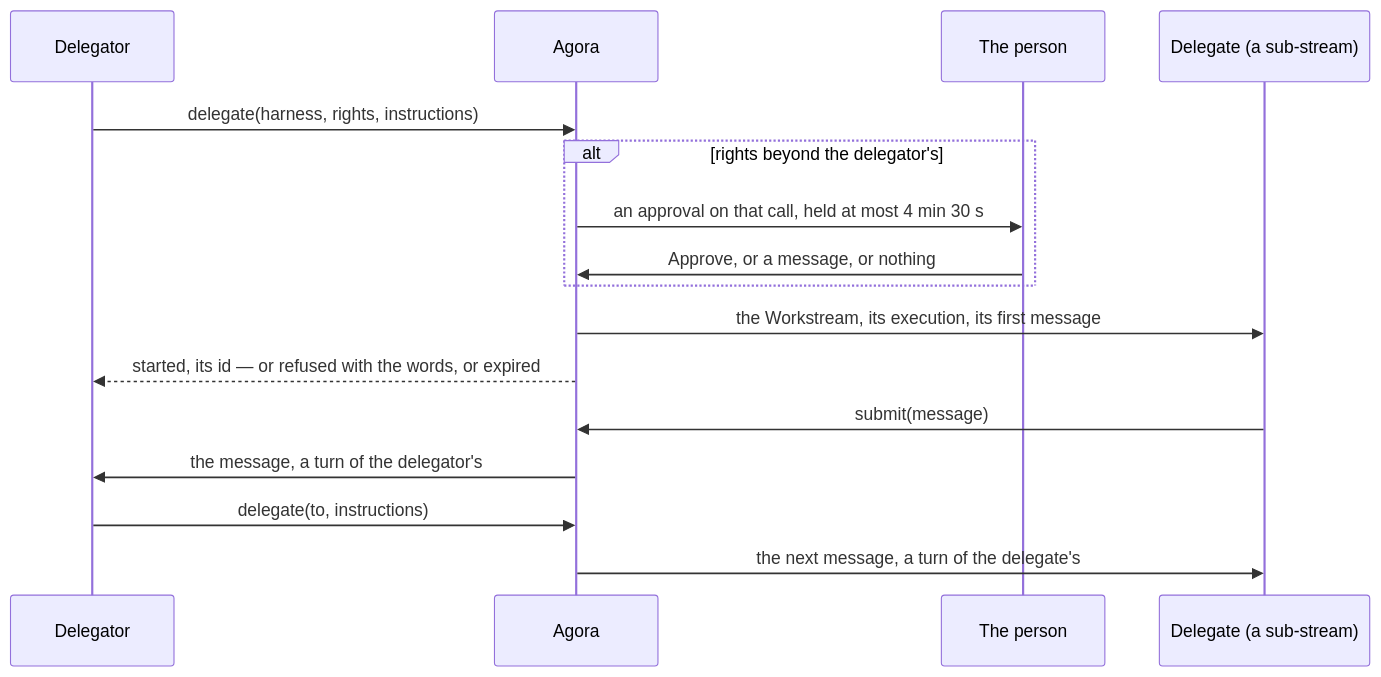
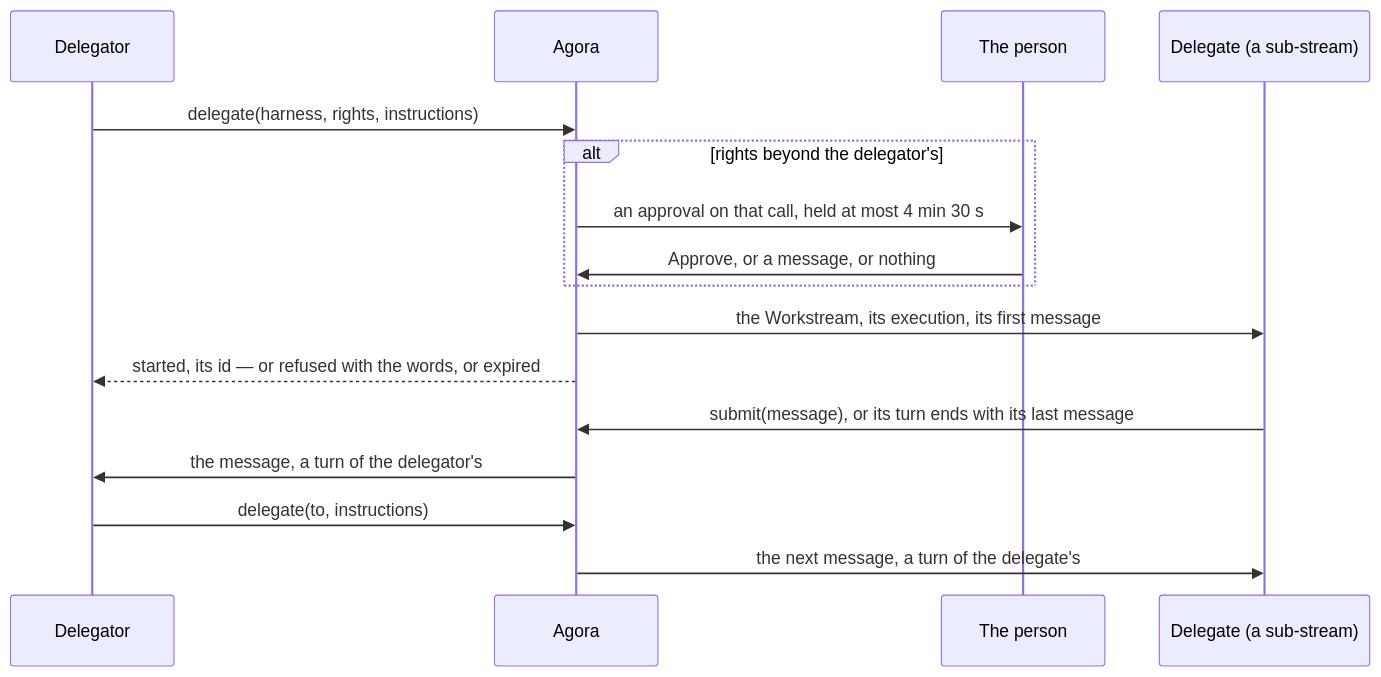
One commit to arnaultbretagne/agora changed the diagram in docs/specs/delegation.md. Above: the diagram before and after it, drawn with Mermaid. The commit also changed other lines of this file and 2 other files, not shown here.

Commit message:
docs(delegation): a turn with no submit submits its last message

````diff
--- a/docs/specs/delegation.md
+++ b/docs/specs/delegation.md
@@ -11,18 +12,18 @@
 ```mermaid
 sequenceDiagram
   participant C as Delegator
   participant A as Agora
   participant P as The person
   participant D as Delegate (a sub-stream)
   C->>A: delegate(harness, rights, instructions)
   alt rights beyond the delegator's
     A->>P: an approval on that call, held at most 4 min 30 s
     P->>A: Approve, or a message, or nothing
   end
   A->>D: the Workstream, its execution, its first message
   A-->>C: started, its id — or refused with the words, or expired
-  D->>A: submit(message)
+  D->>A: submit(message), or its turn ends with its last message
   A->>C: the message, a turn of the delegator's
   C->>A: delegate(to, instructions)
   A->>D: the next message, a turn of the delegate's
 ```
````
